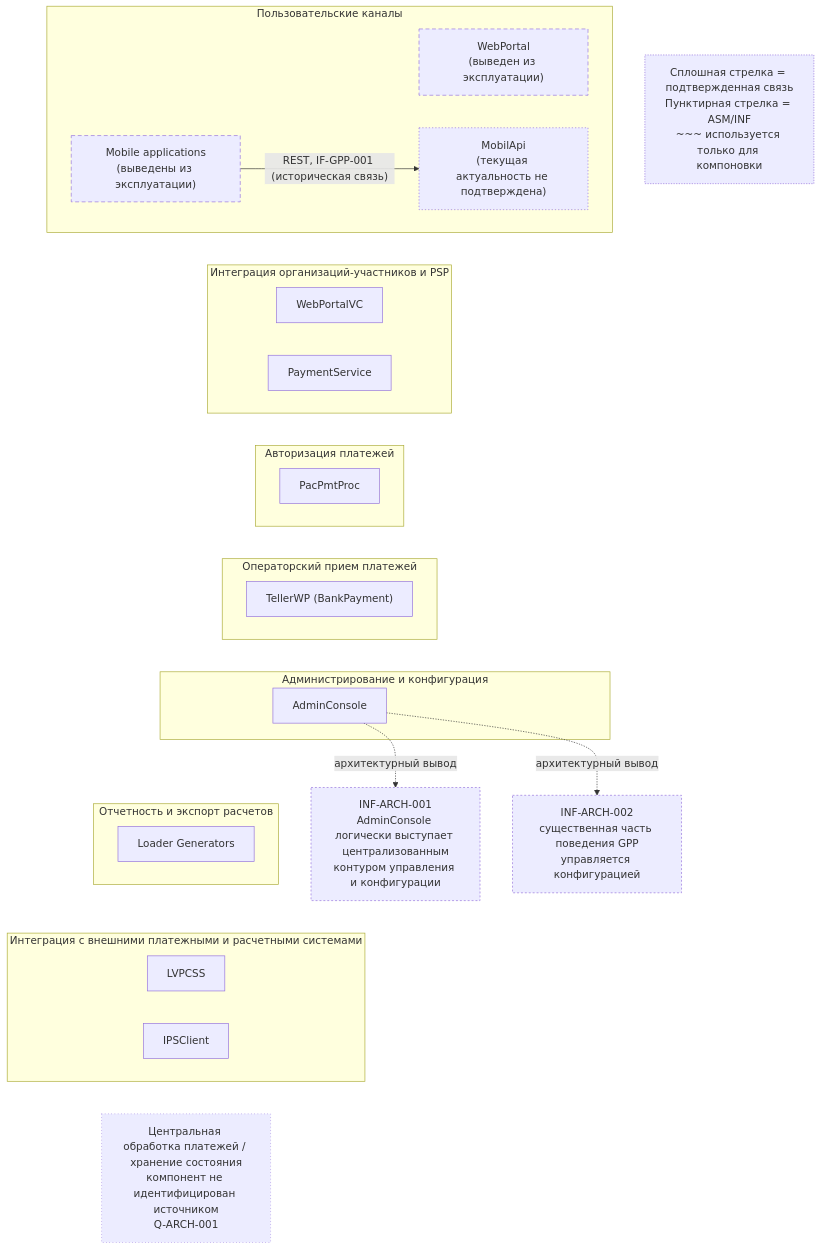
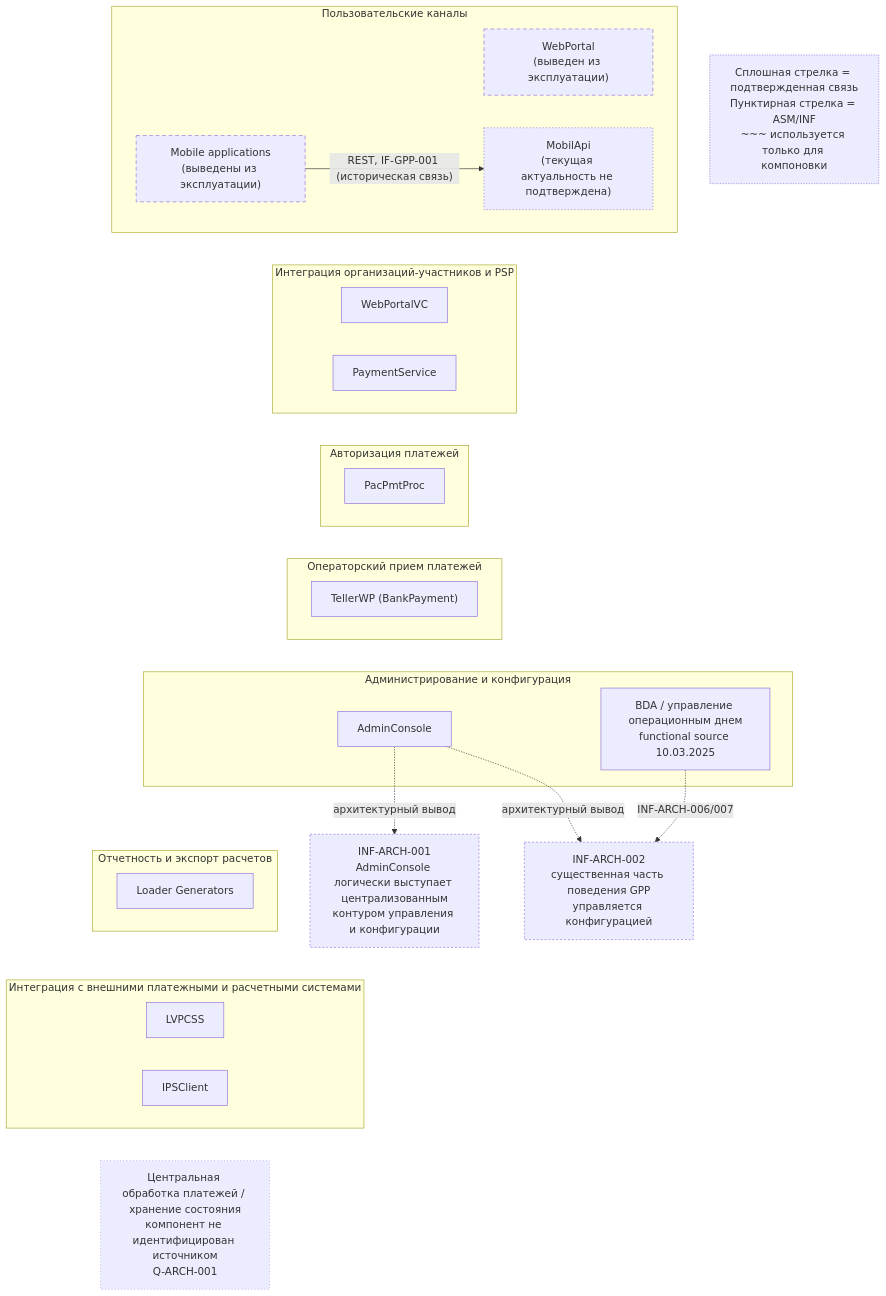
Before and after one commit to valentin-korneev/gpp-assessment: the diagram in 02-as-is/diagrams/subsystems.mmd, drawn with Mermaid. The commit also changed 15 other files, not shown here.

Commit message:
source: обработано руководство BDA и добавлена функциональная cross-layer модель

```diff
--- a/02-as-is/diagrams/subsystems.mmd
+++ b/02-as-is/diagrams/subsystems.mmd
@@ -1,57 +1,59 @@
 flowchart TB
     subgraph Channels["Пользовательские каналы"]
         WP["WebPortal<br/>(выведен из эксплуатации)"]:::historical
         MA["Mobile applications<br/>(выведены из эксплуатации)"]:::historical
         MAPI["MobilApi<br/>(текущая актуальность не подтверждена)"]:::unverified
         MA -->|"REST, IF-GPP-001 (историческая связь)"| MAPI
     end
 
     subgraph Participant["Интеграция организаций-участников и PSP"]
         WVC["WebPortalVC"]
         PS["PaymentService"]
     end
 
     subgraph Authorization["Авторизация платежей"]
         PAC["PacPmtProc"]
     end
 
     subgraph Teller["Операторский прием платежей"]
         TWP["TellerWP (BankPayment)"]
     end
 
     subgraph Admin["Администрирование и конфигурация"]
         AC["AdminConsole"]
+        BDA["BDA / управление операционным днем\nfunctional source 10.03.2025"]
     end
 
     subgraph Reporting["Отчетность и экспорт расчетов"]
         LG["Loader Generators"]
     end
 
     subgraph ExternalPayments["Интеграция с внешними платежными и расчетными системами"]
         LV["LVPCSS"]
         IPSC["IPSClient"]
     end
 
     CORE["Центральная обработка платежей / хранение состояния<br/>компонент не идентифицирован источником<br/>Q-ARCH-001"]:::unknown
 
     INF1["INF-ARCH-001<br/>AdminConsole логически выступает централизованным<br/>контуром управления и конфигурации"]:::inference
     INF2["INF-ARCH-002<br/>существенная часть поведения GPP<br/>управляется конфигурацией"]:::inference
 
     AC -. "архитектурный вывод" .-> INF1
     AC -. "архитектурный вывод" .-> INF2
+    BDA -. "INF-ARCH-006/007" .-> INF2
 
     Channels ~~~ Participant
     Participant ~~~ Authorization
     Authorization ~~~ Teller
     Teller ~~~ Admin
     Admin ~~~ Reporting
     Reporting ~~~ ExternalPayments
     ExternalPayments ~~~ CORE
 
     LEG["Сплошная стрелка = подтвержденная связь<br/>Пунктирная стрелка = ASM/INF<br/>~~~ используется только для компоновки"]:::legend
 
     classDef historical stroke-dasharray:6 4;
     classDef unverified stroke-dasharray:2 3;
     classDef unknown stroke-dasharray:1 4;
     classDef inference stroke-dasharray:3 3;
     classDef legend stroke-dasharray:2 2;
```
